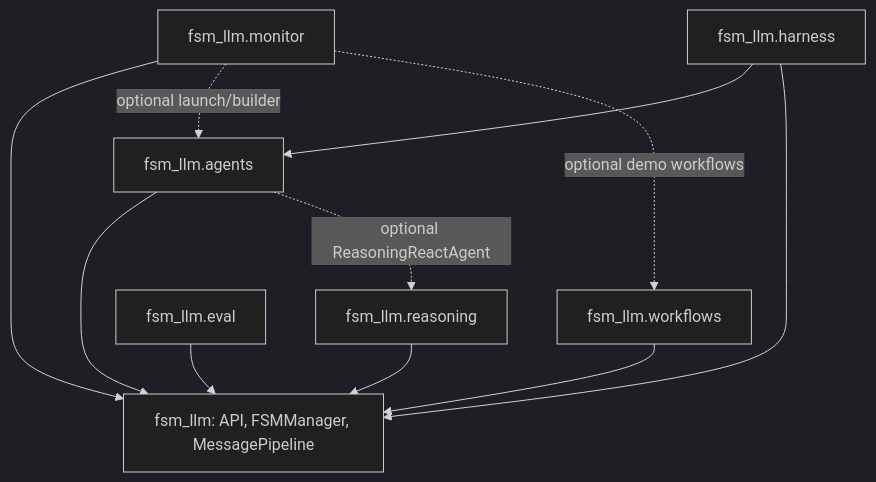
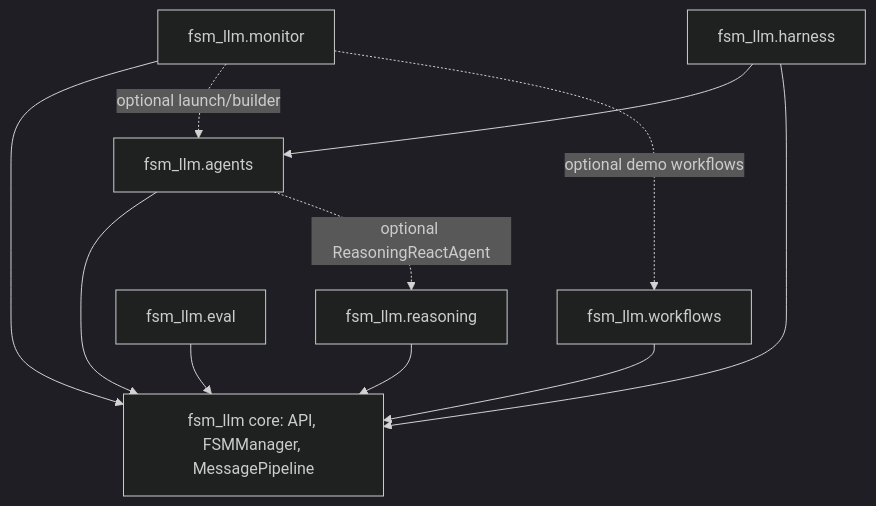
Before and after one commit to NikolasMarkou/fsm_llm: the diagram in CLAUDE.md, drawn with Mermaid (dark theme). The commit also changed other lines of this file and 49 other files, not shown here.

````diff
--- a/CLAUDE.md
+++ b/CLAUDE.md
@@ -14,14 +15,14 @@
 ```mermaid
 flowchart TD
-    core[fsm_llm: API, FSMManager, MessagePipeline]
+    core[fsm_llm core: API, FSMManager, MessagePipeline]
     reasoning[fsm_llm.reasoning] --> core
     workflows[fsm_llm.workflows] --> core
     agents[fsm_llm.agents] --> core
     agents -. optional ReasoningReactAgent .-> reasoning
     monitor[fsm_llm.monitor] --> core
     monitor -. optional launch/builder .-> agents
     monitor -. optional demo workflows .-> workflows
     harness[fsm_llm.harness] --> agents
     harness --> core
     eval[fsm_llm.eval] --> core
 ```
````
